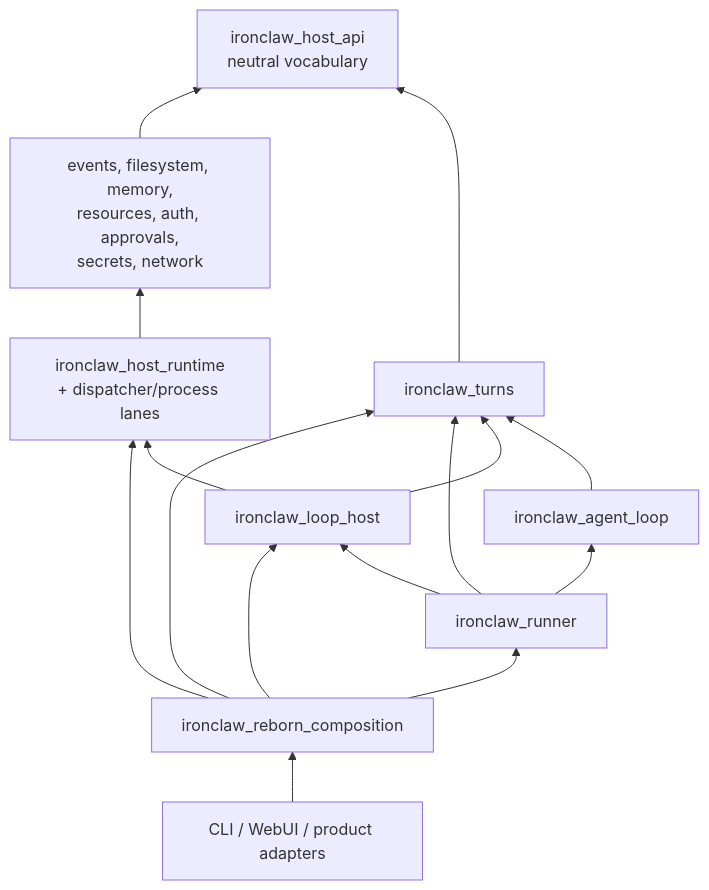
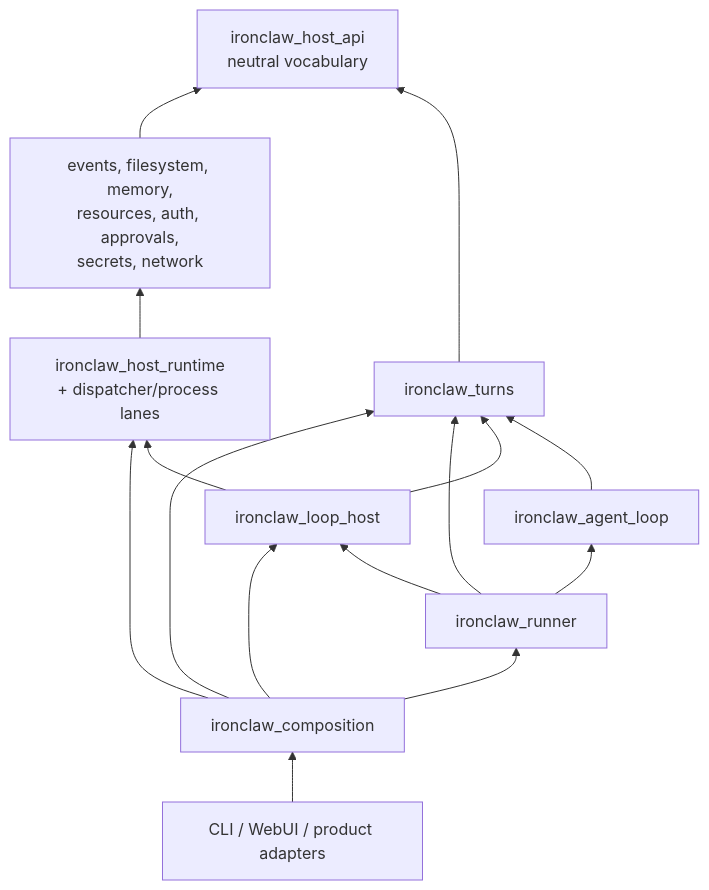
Before and after one commit to nearai/ironclaw: the third of 7 diagrams in crates/Architecture.md, drawn with Mermaid. The commit also changed other lines of this file and 2069 other files, not shown here.

````diff
--- a/crates/Architecture.md
+++ b/crates/Architecture.md
@@ -362,27 +362,27 @@
 ```mermaid
 flowchart BT
     Entry["CLI / WebUI / product adapters"]
-    Composition["ironclaw_reborn_composition"]
-    Reborn["ironclaw_runner"]
+    Composition["ironclaw_composition"]
+    IronClaw["ironclaw_runner"]
     LoopSupport["ironclaw_loop_host"]
     AgentLoop["ironclaw_agent_loop"]
     Turns["ironclaw_turns"]
     Runtime["ironclaw_host_runtime\n+ dispatcher/process lanes"]
     Substrates["events, filesystem, memory,\nresources, auth, approvals,\nsecrets, network"]
     HostApi["ironclaw_host_api\nneutral vocabulary"]
 
     Entry --> Composition
-    Composition --> Reborn
+    Composition --> IronClaw
     Composition --> Turns
     Composition --> LoopSupport
     Composition --> Runtime
-    Reborn --> AgentLoop
-    Reborn --> Turns
-    Reborn --> LoopSupport
+    IronClaw --> AgentLoop
+    IronClaw --> Turns
+    IronClaw --> LoopSupport
     LoopSupport --> Turns
     LoopSupport --> Runtime
     AgentLoop --> Turns
     Runtime --> Substrates
     Substrates --> HostApi
     Turns --> HostApi
 ```
````
